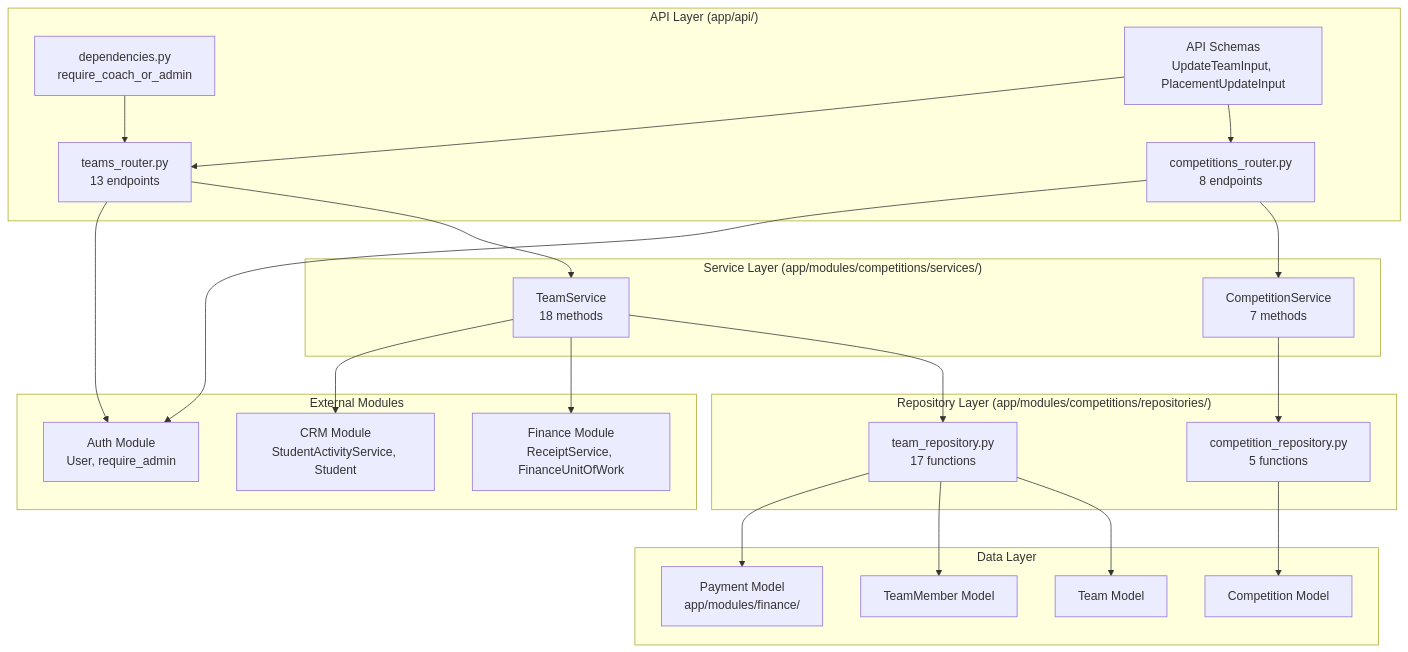
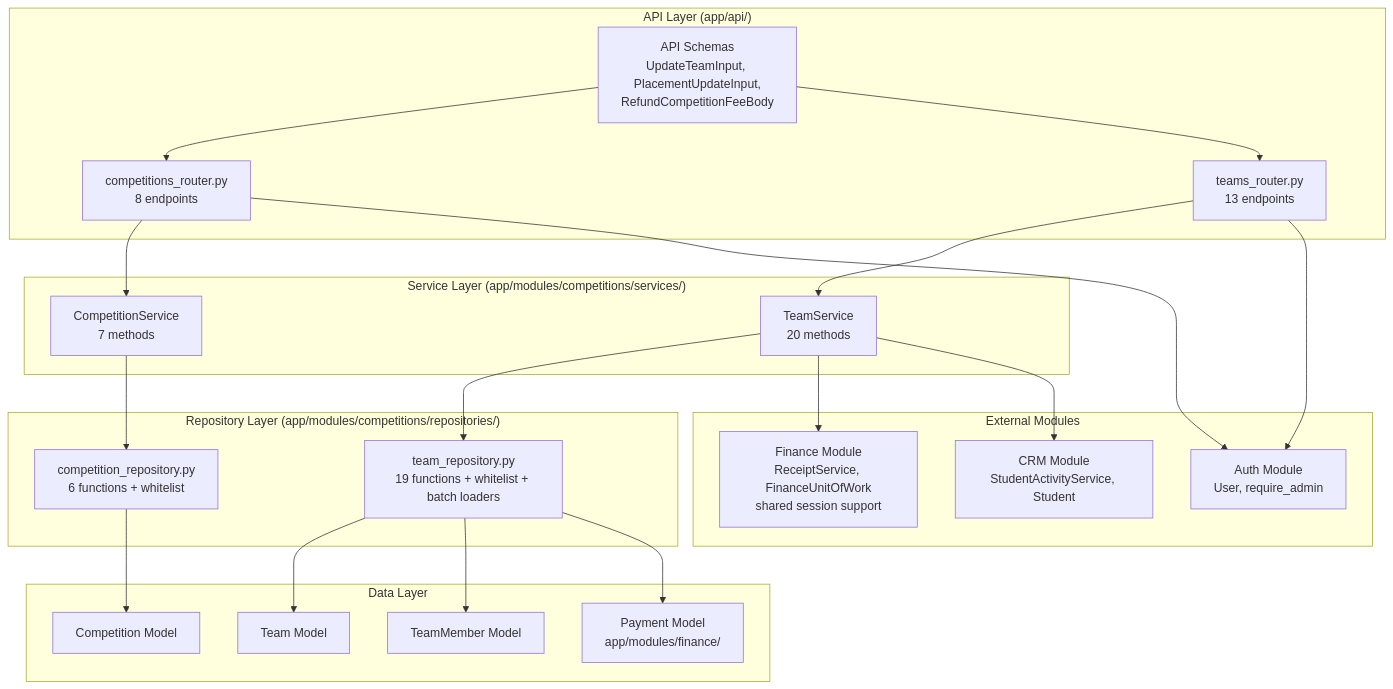
One commit to ibrhmahmd/techno-terminal changed the first of 8 diagrams in specs/010-competition-feature-enhancements/audit-report.md. Above: the diagram before and after it, drawn with Mermaid. The commit also changed other lines of this file and 27 other files, not shown here.

````diff
--- a/specs/010-competition-feature-enhancements/audit-report.md
+++ b/specs/010-competition-feature-enhancements/audit-report.md
@@ -24,48 +34,46 @@
 ```mermaid
 graph TB
     subgraph "API Layer (app/api/)"
         R1[competitions_router.py<br/>8 endpoints]
         R2[teams_router.py<br/>13 endpoints]
-        D1[dependencies.py<br/>require_coach_or_admin]
-        S1[API Schemas<br/>UpdateTeamInput, PlacementUpdateInput]
+        S1[API Schemas<br/>UpdateTeamInput, PlacementUpdateInput,<br/>RefundCompetitionFeeBody]
     end
 
     subgraph "Service Layer (app/modules/competitions/services/)"
         CS[CompetitionService<br/>7 methods]
-        TS[TeamService<br/>18 methods]
+        TS[TeamService<br/>20 methods]
     end
 
     subgraph "Repository Layer (app/modules/competitions/repositories/)"
-        CR[competition_repository.py<br/>5 functions]
-        TR[team_repository.py<br/>17 functions]
+        CR[competition_repository.py<br/>6 functions + whitelist]
+        TR[team_repository.py<br/>19 functions + whitelist + batch loaders]
     end
 
     subgraph "Data Layer"
         M1[Competition Model]
         M2[Team Model]
         M3[TeamMember Model]
         M4[Payment Model<br/>app/modules/finance/]
     end
 
     subgraph "External Modules"
-        FIN[Finance Module<br/>ReceiptService, FinanceUnitOfWork]
+        FIN[Finance Module<br/>ReceiptService, FinanceUnitOfWork<br/>shared session support]
         CRM[CRM Module<br/>StudentActivityService, Student]
         AUTH[Auth Module<br/>User, require_admin]
     end
 
     R1 --> CS
     R2 --> TS
-    D1 --> R2
     S1 --> R1
     S1 --> R2
     CS --> CR
     TS --> TR
     CR --> M1
     TR --> M2
     TR --> M3
     TR --> M4
     TS --> FIN
     TS --> CRM
     R1 --> AUTH
     R2 --> AUTH
 ```
````
